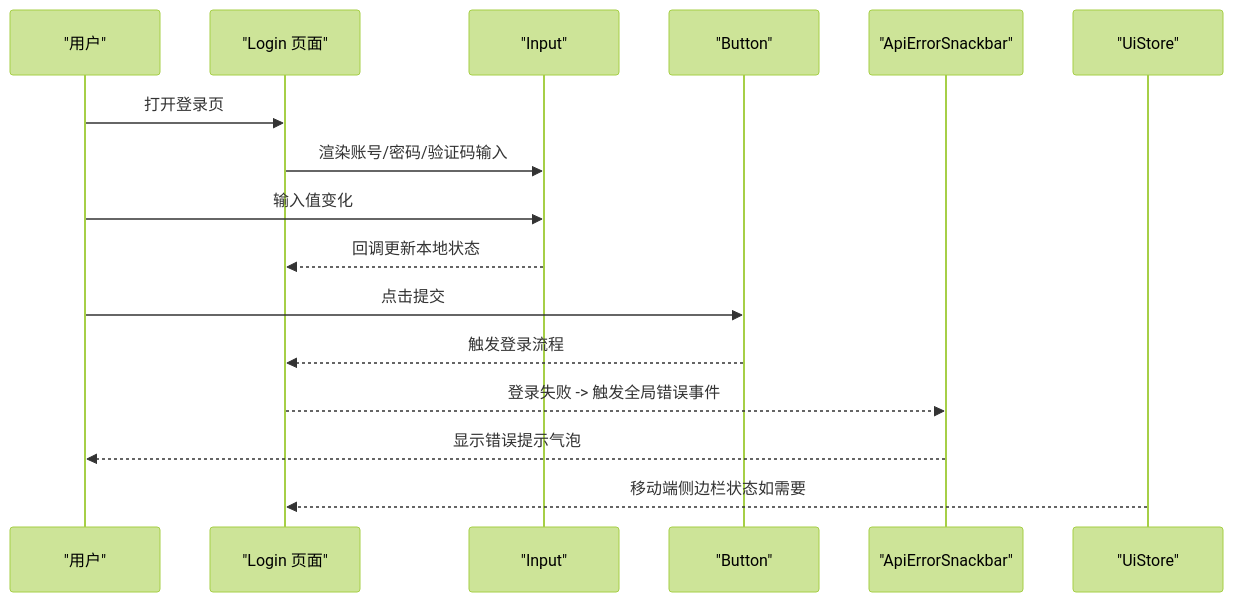
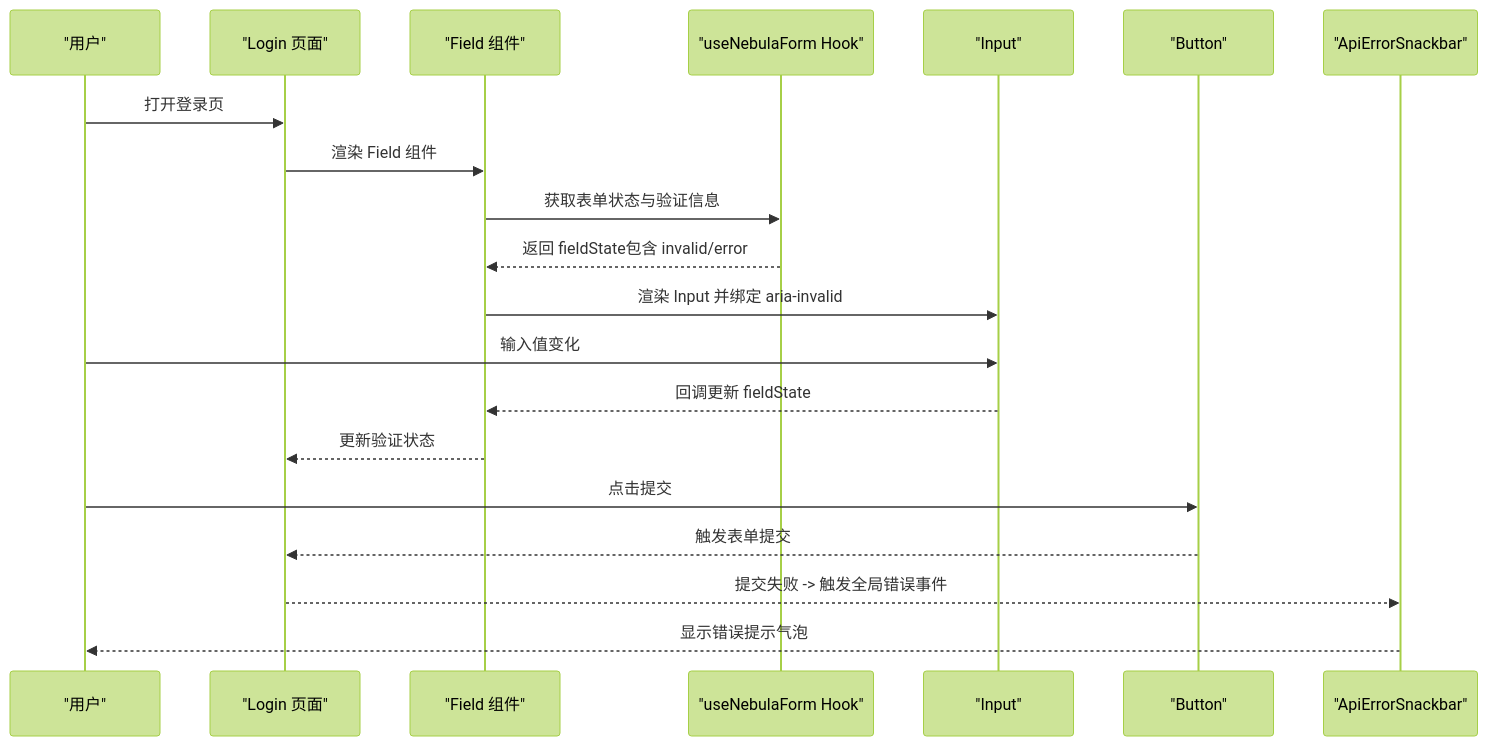
The second of 12 diagrams in .qoder/repowiki/zh/content/架构设计/前端架构/组件设计模式.md (translateServers/nodes-stack), drawn with Mermaid (forest theme) before and after one commit. The commit also changed other lines of this file and 17 other files, not shown here.

````diff
--- a/.qoder/repowiki/zh/content/架构设计/前端架构/组件设计模式.md
+++ b/.qoder/repowiki/zh/content/架构设计/前端架构/组件设计模式.md
@@ -143,18 +152,22 @@
 ```mermaid
 sequenceDiagram
 participant U as "用户"
 participant L as "Login 页面"
+participant F as "Field 组件"
+participant H as "useNebulaForm Hook"
 participant I as "Input"
 participant B as "Button"
 participant A as "ApiErrorSnackbar"
-participant S as "UiStore"
 U->>L : 打开登录页
-L->>I : 渲染账号/密码/验证码输入
+L->>F : 渲染 Field 组件
+F->>H : 获取表单状态与验证信息
+H-->>F : 返回 fieldState包含 invalid/error
+F->>I : 渲染 Input 并绑定 aria-invalid
 U->>I : 输入值变化
-I-->>L : 回调更新本地状态
+I-->>F : 回调更新 fieldState
+F-->>L : 更新验证状态
 U->>B : 点击提交
-B-->>L : 触发登录流程
-L-->>A : 登录失败 -> 触发全局错误事件
+B-->>L : 触发表单提交
+L-->>A : 提交失败 -> 触发全局错误事件
 A-->>U : 显示错误提示气泡
-S-->>L : 移动端侧边栏状态如需要
 ```
````
